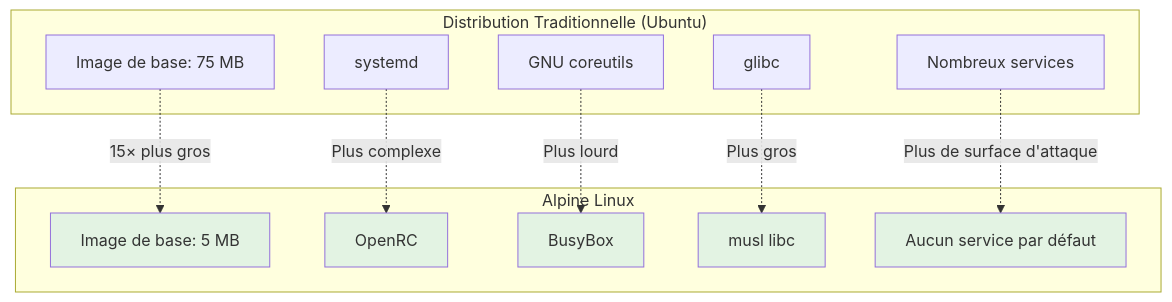
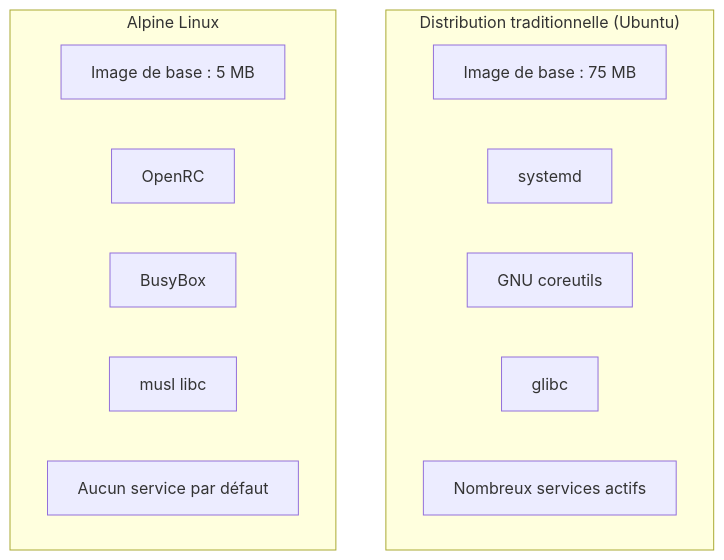
One commit to zyrass/omnydocs changed the first of 2 diagrams in docs/bases/paquets/apk-alpine.md. Above: the diagram before and after it, drawn with Mermaid. The commit also changed other lines of this file and 671 other files, not shown here.

````diff
--- a/docs/bases/paquets/apk-alpine.md
+++ b/docs/bases/paquets/apk-alpine.md
@@ -62,30 +53,18 @@
 ```mermaid
-graph TB
-    subgraph "Distribution Traditionnelle (Ubuntu)"
-        A1[Image de base: 75 MB]
-        A2[systemd]
-        A3[GNU coreutils]
-        A4[glibc]
-        A5[Nombreux services]
+flowchart TB
+    subgraph "Distribution traditionnelle (Ubuntu)"
+        A1["Image de base : 75 MB"]
+        A2["systemd"]
+        A3["GNU coreutils"]
+        A4["glibc"]
+        A5["Nombreux services actifs"]
     end
-    
+
     subgraph "Alpine Linux"
-        B1[Image de base: 5 MB]
-        B2[OpenRC]
-        B3[BusyBox]
-        B4[musl libc]
-        B5[Aucun service par défaut]
+        B1["Image de base : 5 MB"]
+        B2["OpenRC"]
+        B3["BusyBox"]
+        B4["musl libc"]
+        B5["Aucun service par défaut"]
     end
-    
-    A1 -.->|15× plus gros| B1
-    A2 -.->|Plus complexe| B2
-    A3 -.->|Plus lourd| B3
-    A4 -.->|Plus gros| B4
-    A5 -.->|Plus de surface d'attaque| B5
-    
-    style B1 fill:#e3f3e3
-    style B2 fill:#e3f3e3
-    style B3 fill:#e3f3e3
-    style B4 fill:#e3f3e3
-    style B5 fill:#e3f3e3
 ```
````
